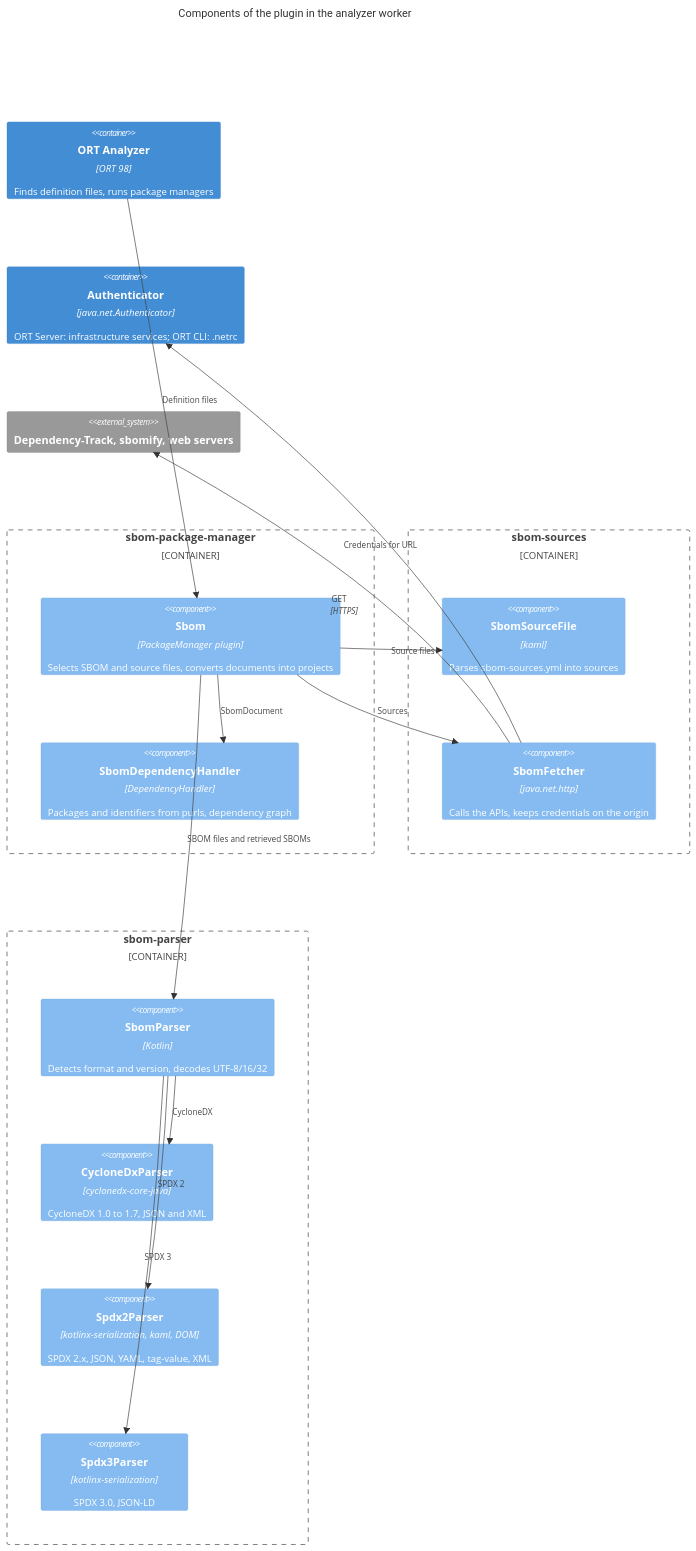
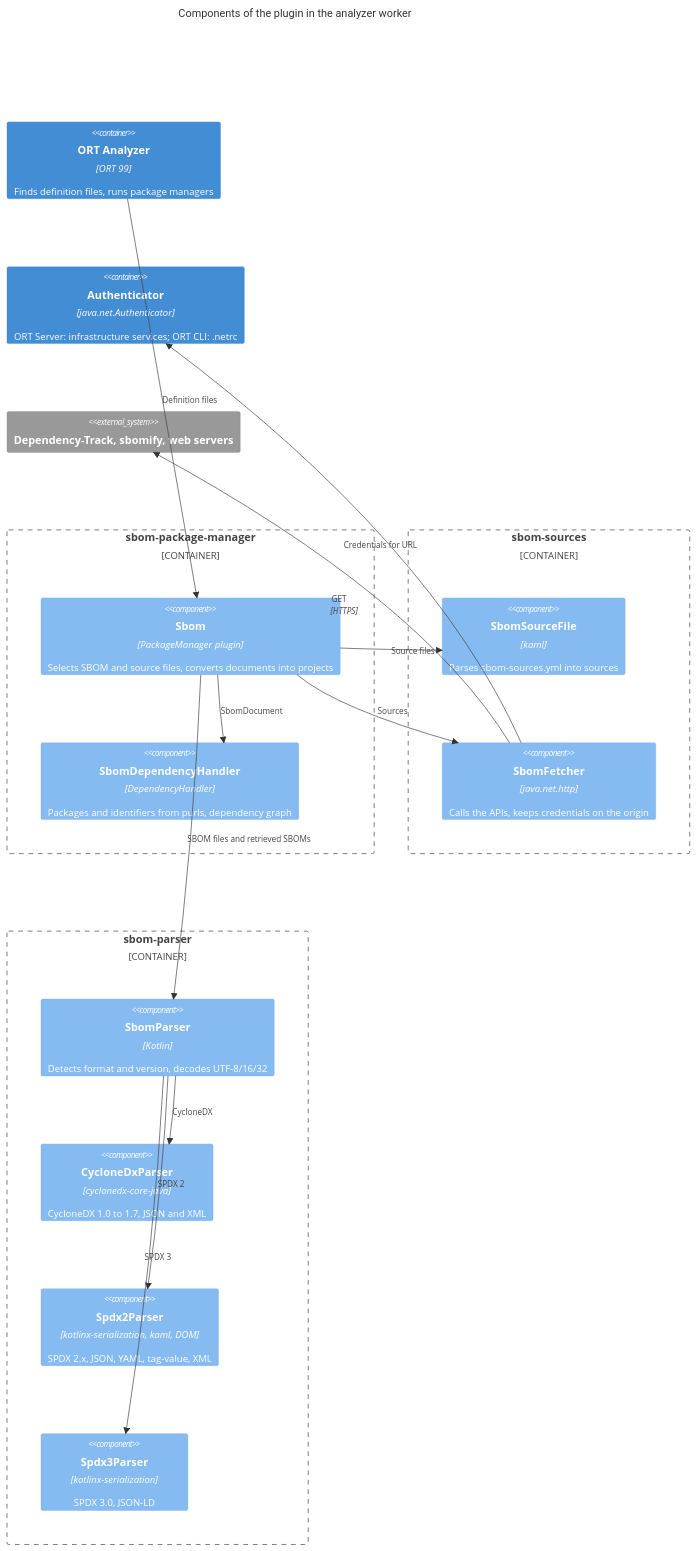
Before and after one commit to heurtematte/ort-sbom-plugin: the third of 5 diagrams in docs/architecture.md, drawn with Mermaid. The commit also changed other lines of this file and 12 other files, not shown here.

````diff
--- a/docs/architecture.md
+++ b/docs/architecture.md
@@ -90,39 +90,39 @@
 ```mermaid
 C4Component
     title Components of the plugin in the analyzer worker
 
-    Container(ortAnalyzer, "ORT Analyzer", "ORT 98", "Finds definition files, runs package managers")
+    Container(ortAnalyzer, "ORT Analyzer", "ORT 99", "Finds definition files, runs package managers")
     Container(authenticator, "Authenticator", "java.net.Authenticator", "ORT Server: infrastructure services; ORT CLI: .netrc")
 
     Container_Boundary(pm, "sbom-package-manager") {
         Component(sbom, "Sbom", "PackageManager plugin", "Selects SBOM and source files, converts documents into projects")
         Component(handler, "SbomDependencyHandler", "DependencyHandler", "Packages and identifiers from purls, dependency graph")
     }
 
     Container_Boundary(src, "sbom-sources") {
         Component(sourceFile, "SbomSourceFile", "kaml", "Parses sbom-sources.yml into sources")
         Component(fetcher, "SbomFetcher", "java.net.http", "Calls the APIs, keeps credentials on the origin")
     }
 
     Container_Boundary(parser, "sbom-parser") {
         Component(sbomParser, "SbomParser", "Kotlin", "Detects format and version, decodes UTF-8/16/32")
         Component(cdx, "CycloneDxParser", "cyclonedx-core-java", "CycloneDX 1.0 to 1.7, JSON and XML")
         Component(spdx2, "Spdx2Parser", "kotlinx-serialization, kaml, DOM", "SPDX 2.x, JSON, YAML, tag-value, XML")
         Component(spdx3, "Spdx3Parser", "kotlinx-serialization", "SPDX 3.0, JSON-LD")
     }
 
     System_Ext(remote, "Dependency-Track, sbomify, web servers")
 
     Rel(ortAnalyzer, sbom, "Definition files")
     Rel(sbom, sourceFile, "Source files")
     Rel(sbom, fetcher, "Sources")
     Rel(fetcher, authenticator, "Credentials for URL")
     Rel(fetcher, remote, "GET", "HTTPS")
     Rel(sbom, sbomParser, "SBOM files and retrieved SBOMs")
     Rel(sbomParser, cdx, "CycloneDX")
     Rel(sbomParser, spdx2, "SPDX 2")
     Rel(sbomParser, spdx3, "SPDX 3")
     Rel(sbom, handler, "SbomDocument")
 
     UpdateLayoutConfig($c4ShapeInRow="3", $c4BoundaryInRow="2")
 ```
````
